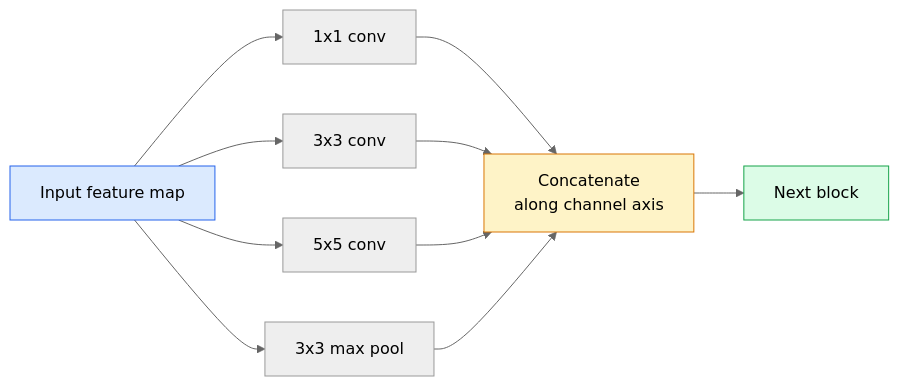
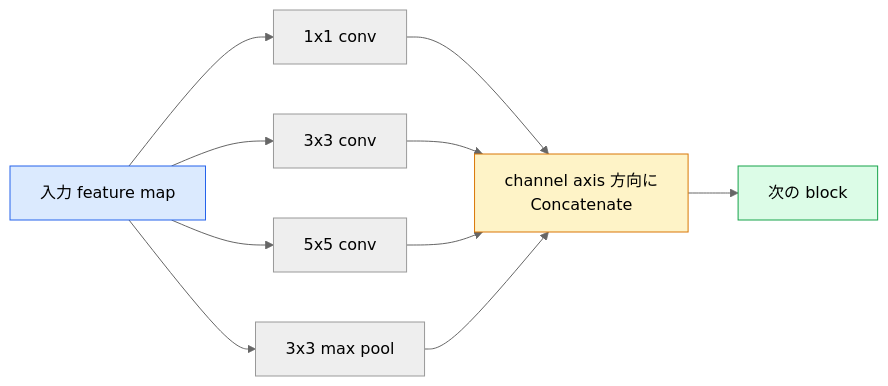
Before and after one commit to rohitg00/ai-engineering-from-scratch: the second of 3 diagrams in phases/04-computer-vision/03-cnns-lenet-to-resnet/docs/en.md, drawn with Mermaid (neutral theme). The commit also changed other lines of this file and 1935 other files, not shown here.

````diff
--- a/phases/04-computer-vision/03-cnns-lenet-to-resnet/docs/en.md
+++ b/phases/04-computer-vision/03-cnns-lenet-to-resnet/docs/en.md
@@ -83,16 +83,16 @@
 ```mermaid
 flowchart LR
-    IN["Input feature map"] --> A["1x1 conv"]
+    IN["入力 feature map"] --> A["1x1 conv"]
     IN --> B["3x3 conv"]
     IN --> C["5x5 conv"]
     IN --> D["3x3 max pool"]
-    A --> CAT["Concatenate<br/>along channel axis"]
+    A --> CAT["channel axis 方向に<br/>Concatenate"]
     B --> CAT
     C --> CAT
     D --> CAT
-    CAT --> OUT["Next block"]
+    CAT --> OUT["次の block"]
 
     style IN fill:#dbeafe,stroke:#2563eb
     style CAT fill:#fef3c7,stroke:#d97706
     style OUT fill:#dcfce7,stroke:#16a34a
 ```
````
